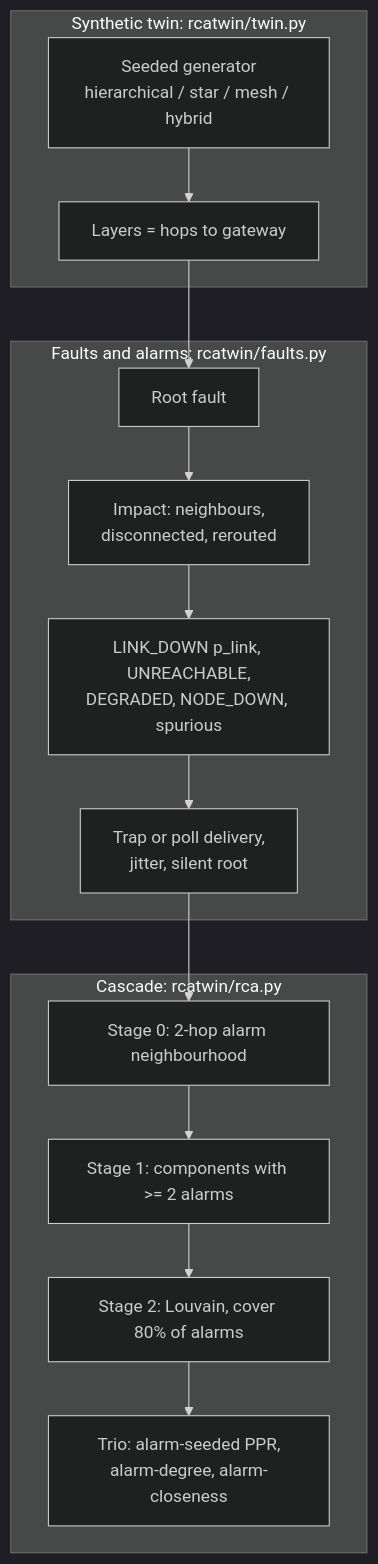
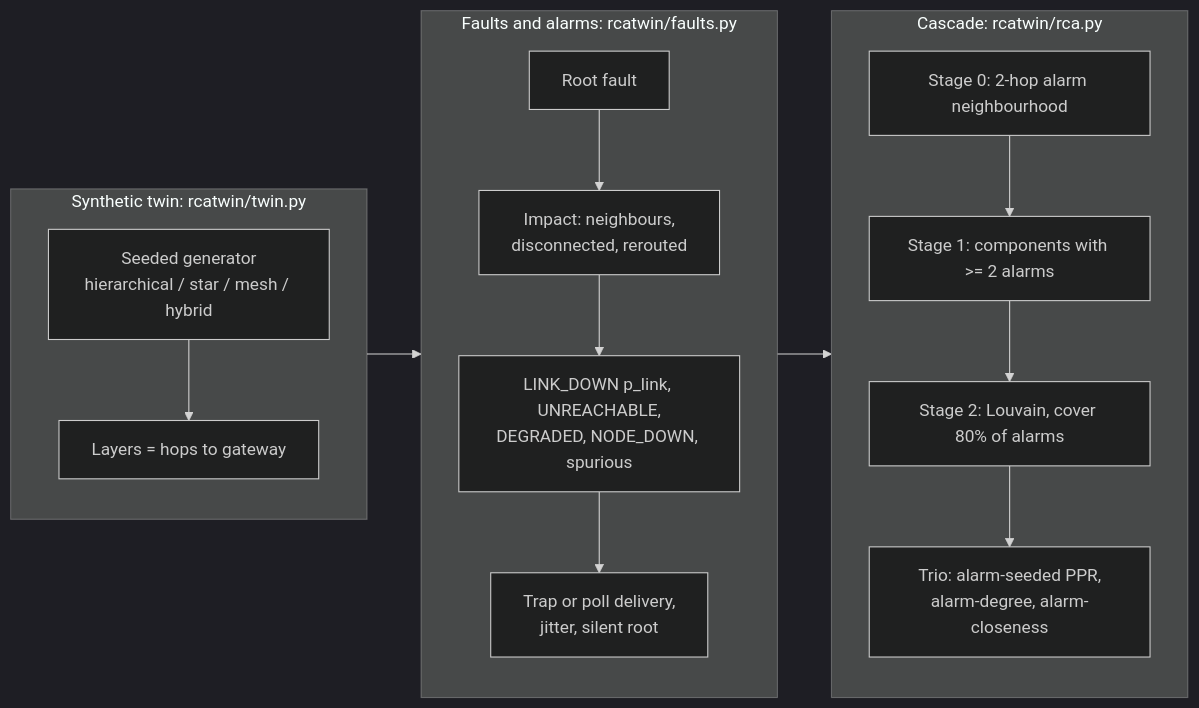
Before and after one commit to arman-dogru/alarm-centrality-rca-twin: the first of 3 diagrams in README.md, drawn with Mermaid (dark theme).

Commit message:
README: compact three-column architecture diagram (renders at 884x522 with mermaid-cli)

````diff
--- a/README.md
+++ b/README.md
@@ -79,18 +79,20 @@
 ```mermaid
-flowchart TB
+flowchart LR
     subgraph Twin["Synthetic twin: rcatwin/twin.py"]
+        direction TB
         G["Seeded generator<br/>hierarchical / star / mesh / hybrid"] --> L["Layers = hops to gateway"]
     end
     subgraph Sim["Faults and alarms: rcatwin/faults.py"]
+        direction TB
         F["Root fault"] --> I["Impact: neighbours,<br/>disconnected, rerouted"]
         I --> A["LINK_DOWN p_link, UNREACHABLE,<br/>DEGRADED, NODE_DOWN, spurious"]
         A --> D["Trap or poll delivery,<br/>jitter, silent root"]
     end
     subgraph RCA["Cascade: rcatwin/rca.py"]
+        direction TB
         S0["Stage 0: 2-hop alarm neighbourhood"] --> S1["Stage 1: components with >= 2 alarms"]
         S1 --> S2["Stage 2: Louvain, cover 80% of alarms"]
         S2 --> C["Trio: alarm-seeded PPR,<br/>alarm-degree, alarm-closeness"]
     end
-    L --> F
-    D --> S0
+    Twin --> Sim --> RCA
 ```
````
